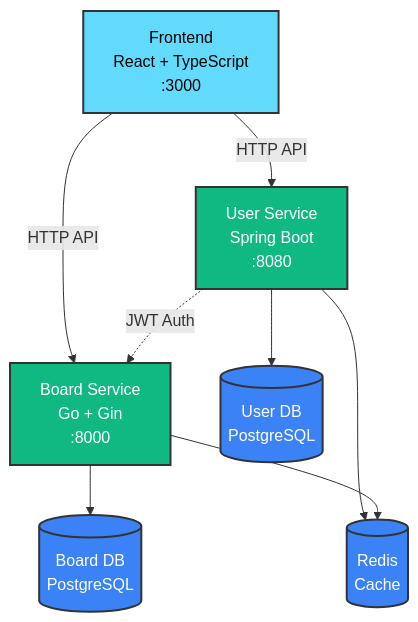
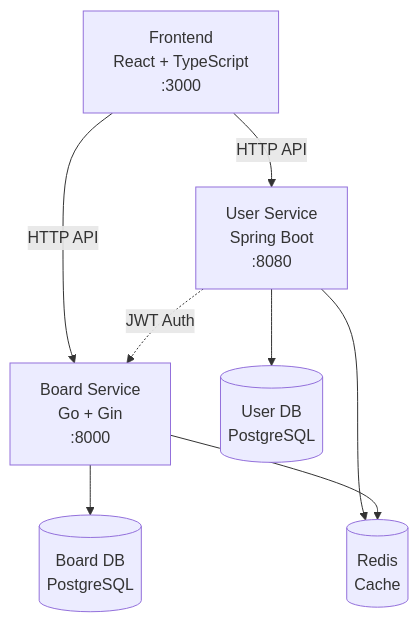
One commit to OrangesCloud/wealist-project changed the diagram in README.md. Above: the diagram before and after it, drawn with Mermaid. The commit also changed other lines of this file, not shown here.

Commit message:
readme 경로 수정

````diff
--- a/README.md
+++ b/README.md
@@ -145,34 +145,25 @@
 ```mermaid
 graph TB
     %% Frontend
     FE[Frontend<br/>React + TypeScript<br/>:3000]
     
     %% Backend Services
     US[User Service<br/>Spring Boot<br/>:8080]
     BS[Board Service<br/>Go + Gin<br/>:8000]
     
     %% Databases
     UDB[(User DB<br/>PostgreSQL)]
     BDB[(Board DB<br/>PostgreSQL)]
     REDIS[(Redis<br/>Cache)]
     
     %% Connections
     FE -->|HTTP API| US
     FE -->|HTTP API| BS
     US -.->|JWT Auth| BS
     
     US --> UDB
     BS --> BDB
     US --> REDIS
     BS --> REDIS
-    
-    %% Styling
-    classDef frontend fill:#61dafb,stroke:#333,stroke-width:2px,color:#000
-    classDef backend fill:#10b981,stroke:#333,stroke-width:2px,color:#fff
-    classDef database fill:#3b82f6,stroke:#333,stroke-width:2px,color:#fff
-    
-    class FE frontend
-    class US,BS backend
-    class UDB,BDB,REDIS database
 
 ```
````
